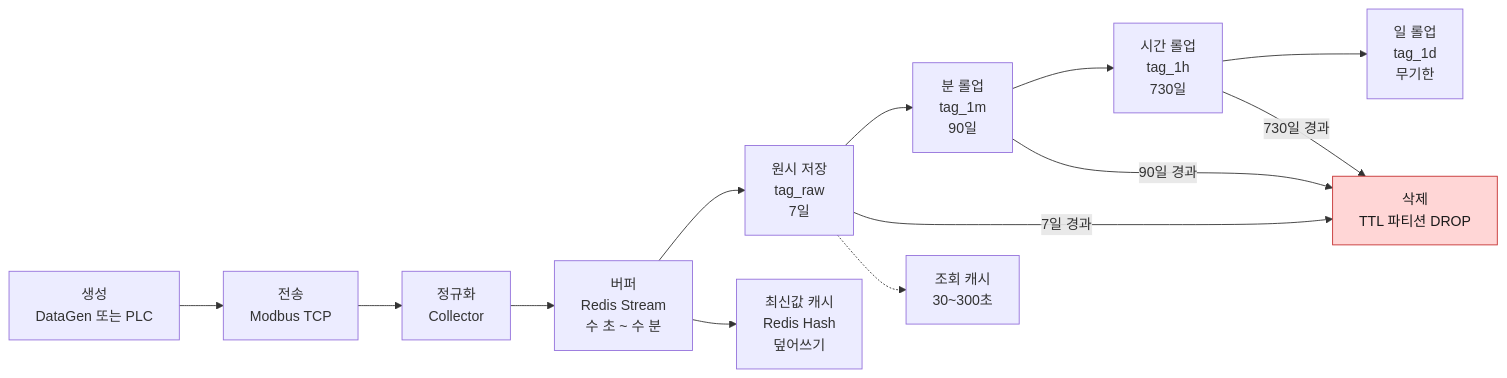
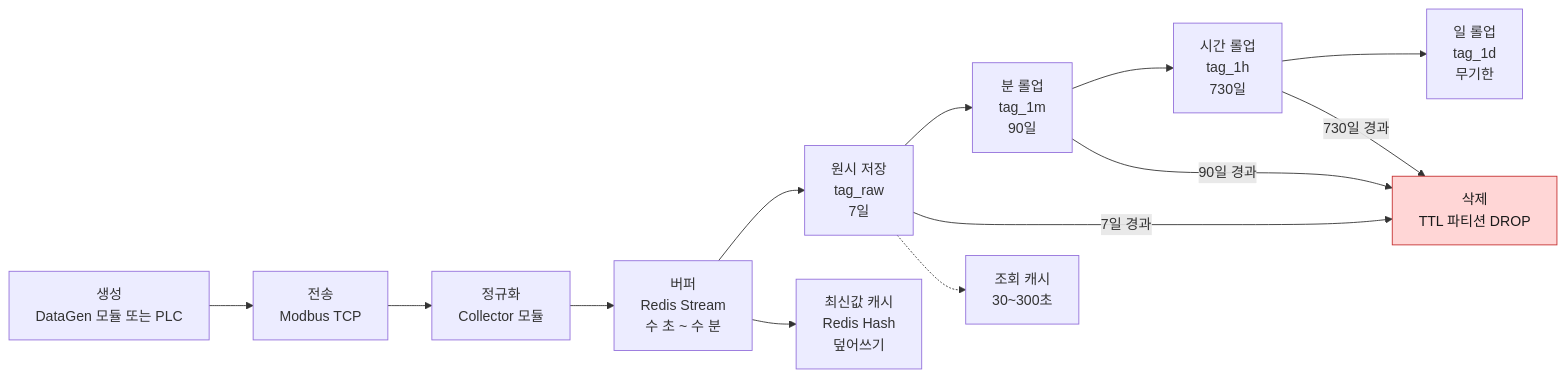
Diagram 18 of 19 in data_flow.md (jaepil02/db_study), drawn with Mermaid before and after one commit. The commit also changed other lines of this file and 3 other files, not shown here.

````diff
--- a/data_flow.md
+++ b/data_flow.md
@@ -891,25 +949,25 @@
 ```mermaid
 flowchart LR
-    A["생성<br/>DataGen 또는 PLC"]
+    A["생성<br/>DataGen 모듈 또는 PLC"]
     B["전송<br/>Modbus TCP"]
-    C["정규화<br/>Collector"]
+    C["정규화<br/>Collector 모듈"]
     D["버퍼<br/>Redis Stream<br/>수 초 ~ 수 분"]
     E["원시 저장<br/>tag_raw<br/>7일"]
     F["분 롤업<br/>tag_1m<br/>90일"]
     G["시간 롤업<br/>tag_1h<br/>730일"]
     H["일 롤업<br/>tag_1d<br/>무기한"]
     I["삭제<br/>TTL 파티션 DROP"]
 
     A --> B --> C --> D --> E
     E --> F --> G --> H
     E -->|"7일 경과"| I
     F -->|"90일 경과"| I
     G -->|"730일 경과"| I
 
     LV["최신값 캐시<br/>Redis Hash<br/>덮어쓰기"]
     QC["조회 캐시<br/>30~300초"]
     D --> LV
     E -.-> QC
 
     style I fill:#ffd6d6,stroke:#c53030,color:#1a1a1a
 ```
````
